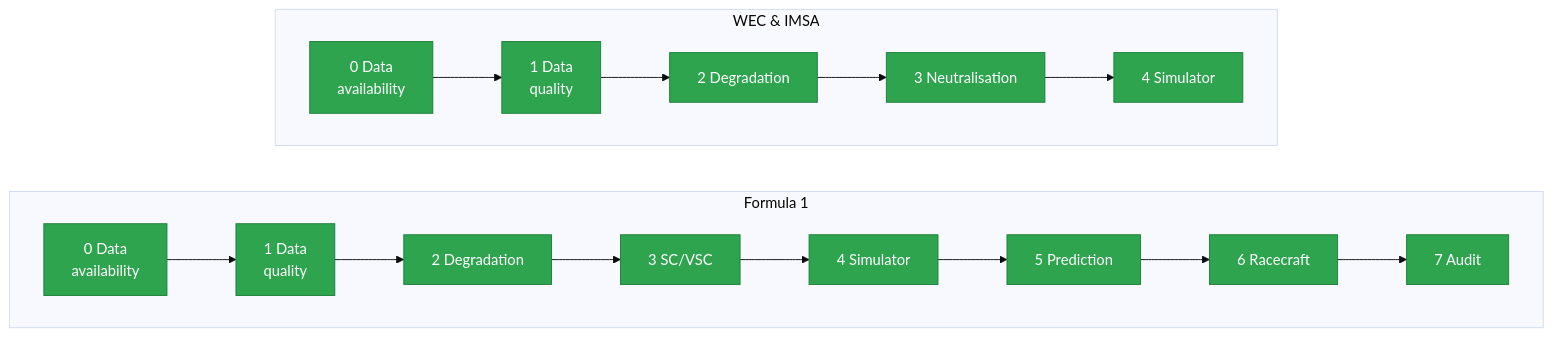
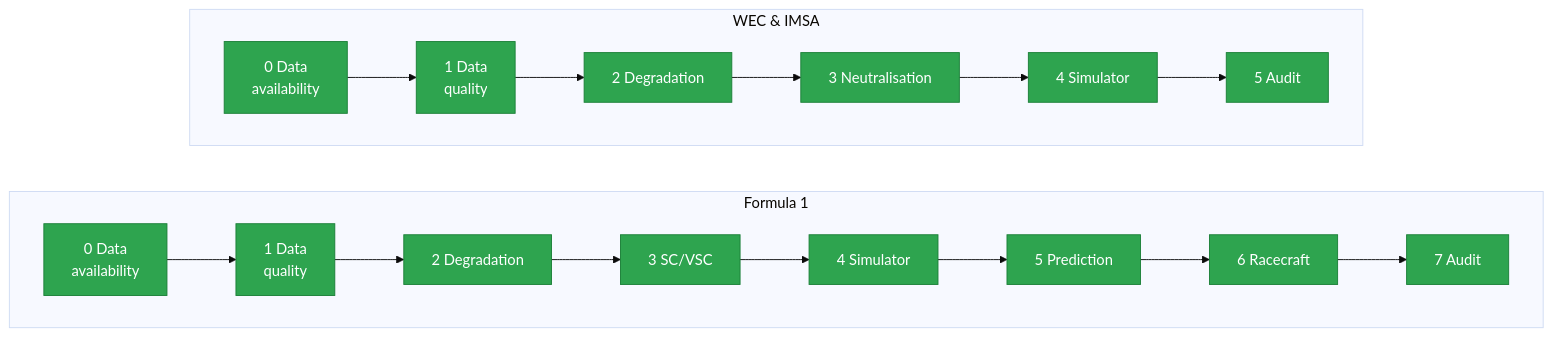
Before and after one commit to mohammedmedjadj/Motorsport-Strategy-Lab: the second of 2 diagrams in README.md, drawn with Mermaid (base theme). The commit also changed other lines of this file, not shown here.

First line of the commit message:
docs(readme): document the new WEC/IMSA per-decision audit (Phase 5)

````diff
--- a/README.md
+++ b/README.md
@@ -76,15 +76,15 @@
 ```mermaid
 flowchart LR
     subgraph F1["Formula 1"]
         direction LR
         f0["0 Data<br/>availability"] --> f1["1 Data<br/>quality"] --> f2["2 Degradation"] --> f3["3 SC/VSC"] --> f4["4 Simulator"] --> f5["5 Prediction"] --> f6["6 Racecraft"] --> f7["7 Audit"]
     end
     subgraph END["WEC & IMSA"]
         direction LR
-        e0["0 Data<br/>availability"] --> e1["1 Data<br/>quality"] --> e2["2 Degradation"] --> e3["3 Neutralisation"] --> e4["4 Simulator"]
+        e0["0 Data<br/>availability"] --> e1["1 Data<br/>quality"] --> e2["2 Degradation"] --> e3["3 Neutralisation"] --> e4["4 Simulator"] --> e5["5 Audit"]
     end
     classDef done fill:#2ea44f,stroke:#1a7f37,color:#fff
     classDef partial fill:#FFB800,stroke:#b58600,color:#1a1a1a
     class f0,f1,f2,f3,f4,f5,f6,f7 done
-    class e0,e1,e2,e3,e4 done
+    class e0,e1,e2,e3,e4,e5 done
 ```
````
